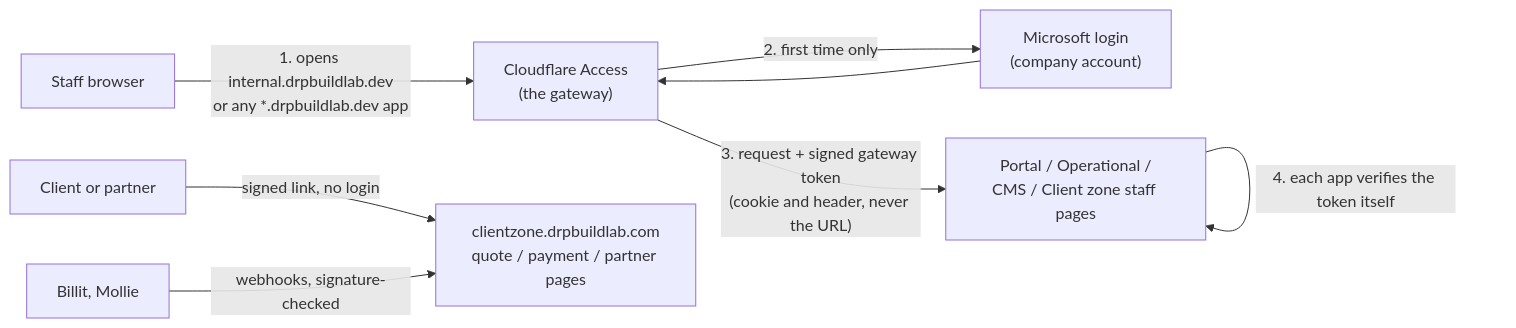
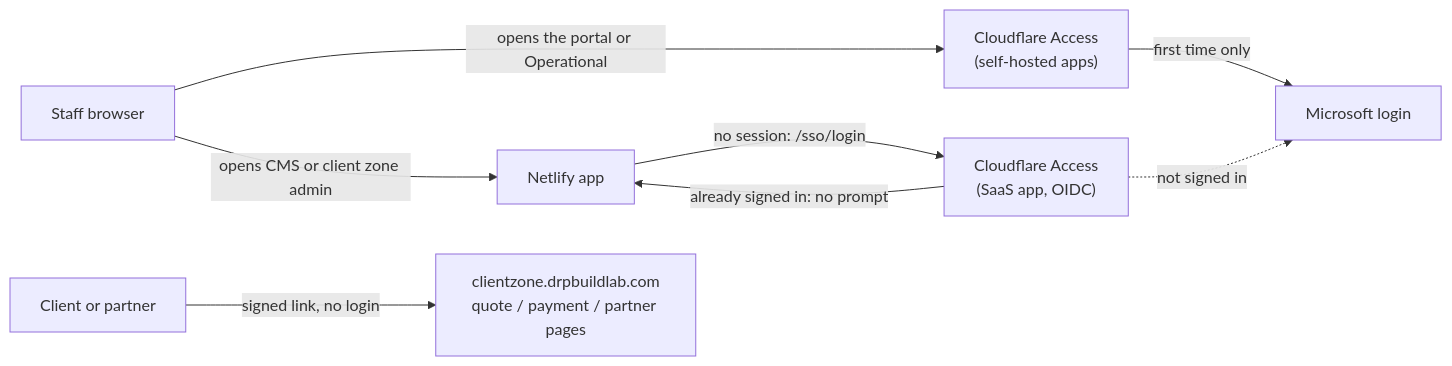
One commit to LathifSihab/drpbuildlab-operational changed the diagram in docs/INTERNAL_GATEWAY.md. Above: the diagram before and after it, drawn with Mermaid. The commit also changed other lines of this file and 1 other file, not shown here.

First line of the commit message:
Record the one-login decisions: Access as OIDC provider for the CMS and client zone

````diff
--- a/docs/INTERNAL_GATEWAY.md
+++ b/docs/INTERNAL_GATEWAY.md
@@ -23,10 +30,10 @@
 ```mermaid
 flowchart LR
-  U["Staff browser"] -->|"1. opens internal.drpbuildlab.dev<br/>or any *.drpbuildlab.dev app"| CF["Cloudflare Access<br/>(the gateway)"]
-  CF -->|"2. first time only"| MS["Microsoft login<br/>(company account)"]
-  MS --> CF
-  CF -->|"3. request + signed gateway token<br/>(cookie and header, never the URL)"| A["Portal / Operational /<br/>CMS / Client zone staff pages"]
-  A -->|"4. each app verifies the token itself"| A
+  U["Staff browser"] -->|"opens the portal or Operational"| CF["Cloudflare Access<br/>(self-hosted apps)"]
+  CF -->|"first time only"| MS["Microsoft login"]
+  U -->|"opens CMS or client zone admin"| N["Netlify app"]
+  N -->|"no session: /sso/login"| SAAS["Cloudflare Access<br/>(SaaS app, OIDC)"]
+  SAAS -->|"already signed in: no prompt"| N
+  SAAS -.->|"not signed in"| MS
   C["Client or partner"] -->|"signed link, no login"| Z["clientzone.drpbuildlab.com<br/>quote / payment / partner pages"]
-  W["Billit, Mollie"] -->|"webhooks, signature-checked"| Z
 ```
````
